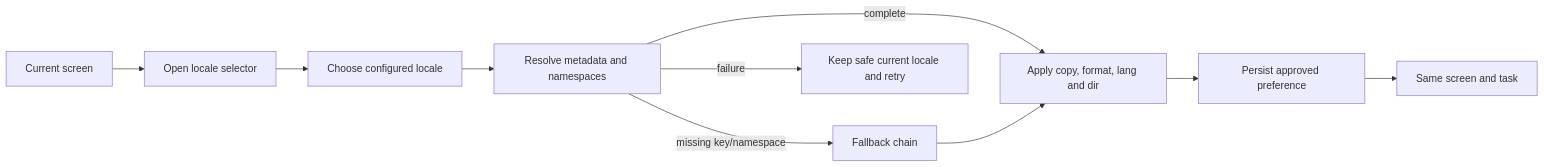
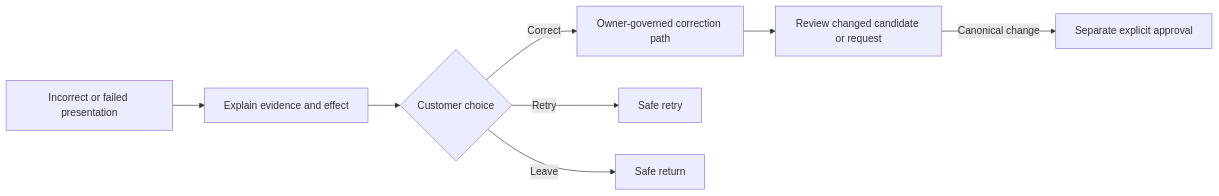
One commit to Mustafa-1993-commits/nexoraxs-v3 changed the tenth of 10 diagrams in docs/03-ui-ux/06-USER-FLOWS.md. Above: the diagram before and after it, drawn with Mermaid. The commit also changed other lines of this file and 23 other files, not shown here.

````diff
--- a/docs/03-ui-ux/06-USER-FLOWS.md
+++ b/docs/03-ui-ux/06-USER-FLOWS.md
@@ -552,12 +291,10 @@
 ```mermaid
 flowchart LR
-    A[Current screen] --> B[Open locale selector]
-    B --> C[Choose configured locale]
-    C --> D[Resolve metadata and namespaces]
-    D -->|complete| E[Apply copy, format, lang and dir]
-    D -->|missing key/namespace| F[Fallback chain]
-    F --> E
-    E --> G[Persist approved preference]
-    G --> H[Same screen and task]
-    D -->|failure| I[Keep safe current locale and retry]
+  A[Incorrect or failed presentation] --> B[Explain evidence and effect]
+  B --> C{Customer choice}
+  C -->|Correct| D[Owner-governed correction path]
+  C -->|Retry| E[Safe retry]
+  C -->|Leave| F[Safe return]
+  D --> G[Review changed candidate or request]
+  G -->|Canonical change| H[Separate explicit approval]
 ```
````
